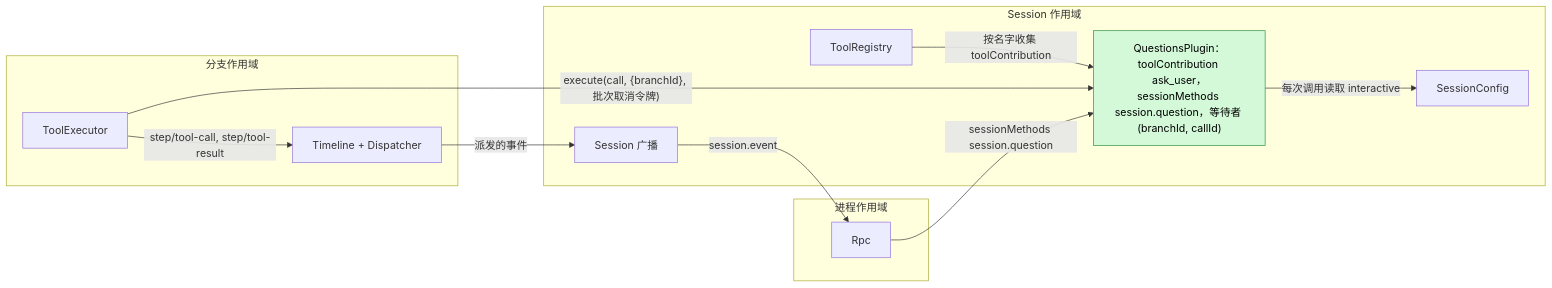
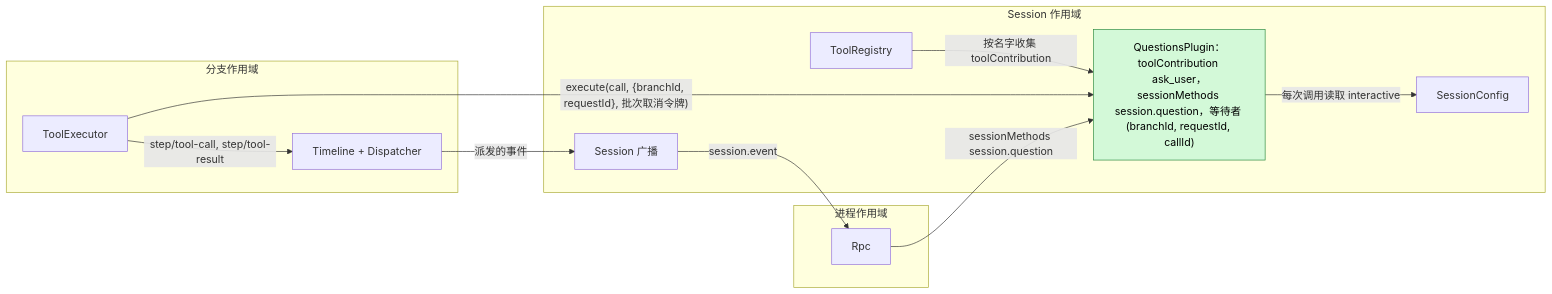
One commit to CoutinhoTTS/dim-agent changed the first of 4 diagrams in docs/zh/design/plugins/Questions.md. Above: the diagram before and after it, drawn with Mermaid. The commit also changed other lines of this file and 5 other files, not shown here.

First line of the commit message:
docs(questions): name a waiting call by its model request id (#144)

````diff
--- a/docs/zh/design/plugins/Questions.md
+++ b/docs/zh/design/plugins/Questions.md
@@ -20,24 +21,24 @@
 ```mermaid
 flowchart LR
   subgraph P["进程作用域"]
     RPC["Rpc"]
   end
   subgraph S["Session 作用域"]
-    QS["QuestionsPlugin：toolContribution ask_user，sessionMethods session.question，等待者 (branchId, callId)"]:::new
+    QS["QuestionsPlugin：toolContribution ask_user，sessionMethods session.question，等待者 (branchId, requestId, callId)"]:::new
     TR["ToolRegistry"]
     CFG["SessionConfig"]
     SB["Session 广播"]
   end
   subgraph B["分支作用域"]
     TE["ToolExecutor"]
     TL["Timeline + Dispatcher"]
   end
   TR -- "按名字收集 toolContribution" --> QS
-  TE -- "execute(call, {branchId}, 批次取消令牌)" --> QS
+  TE -- "execute(call, {branchId, requestId}, 批次取消令牌)" --> QS
   RPC -- "sessionMethods session.question" --> QS
   QS -- "每次调用读取 interactive" --> CFG
   TE -- "step/tool-call, step/tool-result" --> TL
   TL -- "派发的事件" --> SB
   SB -- "session.event" --> RPC
   classDef new fill:#d3f9d8,stroke:#2b8a3e,color:#000
 ```
````
